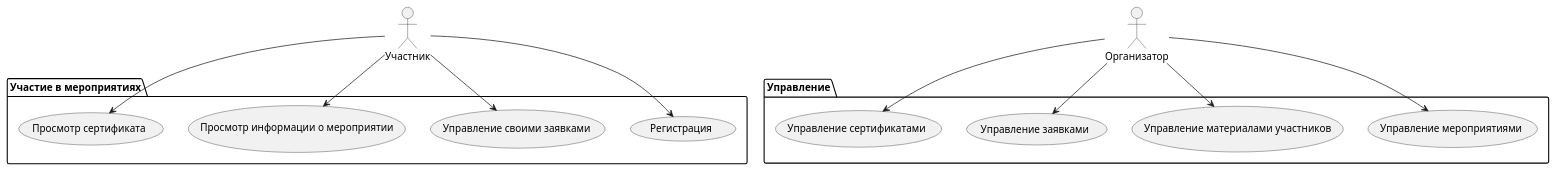
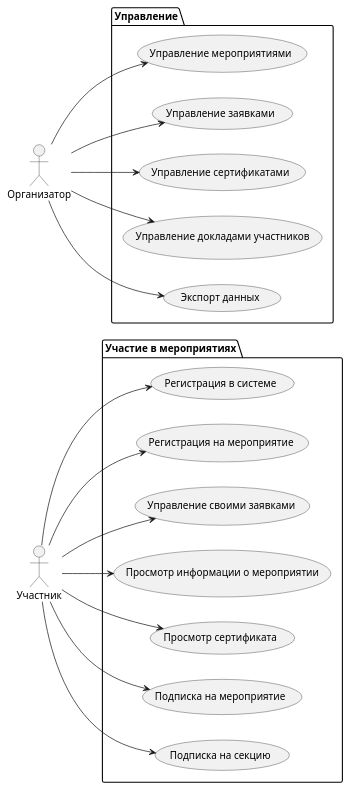
One commit to johanla0/confo changed the diagram in docs/diagrams/src/use-case.puml. Above: the diagram before and after it, drawn with PlantUML. The commit also changed 2 other files, not shown here.

```diff
--- a/docs/diagrams/src/use-case.puml
+++ b/docs/diagrams/src/use-case.puml
@@ -1,27 +1,34 @@
 @startuml
-
+left to right direction
 actor Участник as User
 actor Организатор as Admin
 package "Участие в мероприятиях" {
-  usecase "Регистрация" as (Participate)
+  usecase "Регистрация в системе" as (SignUp)
+  usecase "Регистрация на мероприятие" as (Participate)
   usecase "Управление своими заявками" as (ManageOwnApplications)
   usecase "Просмотр информации о мероприятии" as (BrowseEvents)
   usecase "Просмотр сертификата" as (CheckCertificate)
+  usecase "Подписка на мероприятие" as (SubscribeToEvent)
+  usecase "Подписка на секцию" as (SubscribeToSection)
 }
 package "Управление" {
   usecase "Управление мероприятиями" as (ManageEvents)
-  usecase "Управление материалами участников" as (ManageMaterials)
   usecase "Управление заявками" as (ManageApllications)
   usecase "Управление сертификатами" as (ManageCertificates)
-
+  usecase "Управление докладами участников" as (ManageMaterials)
+  usecase "Экспорт данных" as (ExportData)
 }
+User --> (SignUp)
 User --> (Participate)
 User --> (ManageOwnApplications)
 User --> (BrowseEvents)
 User --> (CheckCertificate)
+User --> (SubscribeToEvent)
+User --> (SubscribeToSection)
 Admin --> (ManageEvents)
 Admin --> (ManageMaterials)
 Admin --> (ManageApllications)
 Admin --> (ManageCertificates)
+Admin --> (ExportData)
 
 @enduml
```
